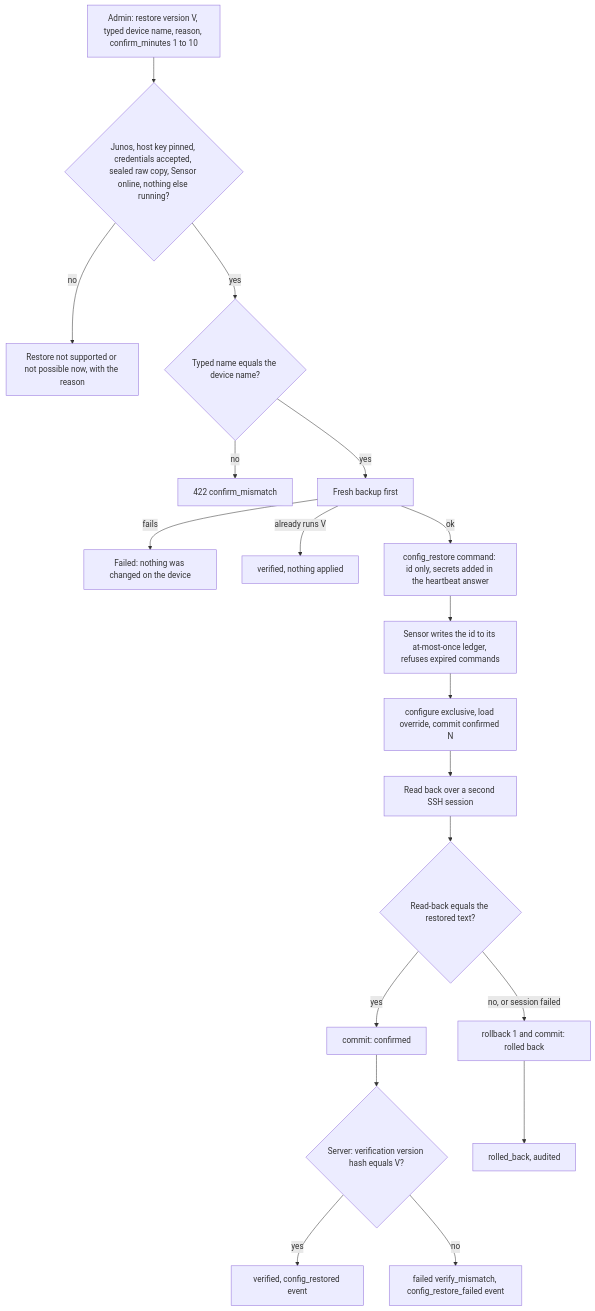
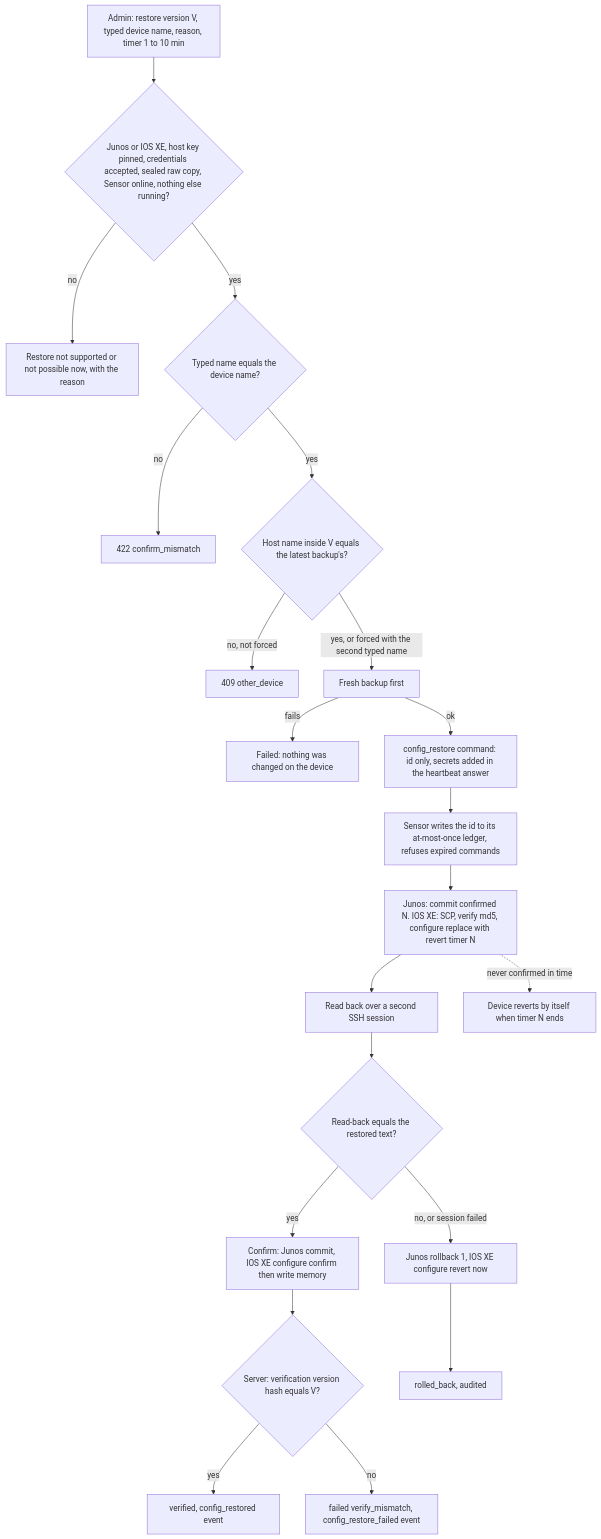
One commit to MKhattab7050/nigafiy-platform changed the eighth of 11 diagrams in docs/architecture/flowcharts.md. Above: the diagram before and after it, drawn with Mermaid. The commit also changed other lines of this file and 2 other files, not shown here.

Commit message:
Docs: after merging 24d0091, the flowcharts, capabilities and docs index describe Cisco IOS XE as it now is (controls over RESTCONF, IOS XE 16.6+, and config restore by configure replace with a revert timer; the other-device host-name check), all tested only against protocol doubles

````diff
--- a/docs/architecture/flowcharts.md
+++ b/docs/architecture/flowcharts.md
@@ -310,21 +313,23 @@
 ```mermaid
 flowchart TD
-  ASK["Admin: restore version V, typed device name, reason, confirm_minutes 1 to 10"] --> PRE{"Junos, host key pinned, credentials accepted, sealed raw copy, Sensor online, nothing else running?"}
+  ASK["Admin: restore version V, typed device name, reason, timer 1 to 10 min"] --> PRE{"Junos or IOS XE, host key pinned, credentials accepted, sealed raw copy, Sensor online, nothing else running?"}
   PRE -->|no| NOT["Restore not supported or not possible now, with the reason"]
   PRE -->|yes| NAME{"Typed name equals the device name?"}
   NAME -->|no| R422["422 confirm_mismatch"]
-  NAME -->|yes| BK["Fresh backup first"]
+  NAME -->|yes| HOST{"Host name inside V equals the latest backup's?"}
+  HOST -->|"no, not forced"| R409["409 other_device"]
+  HOST -->|"yes, or forced with the second typed name"| BK["Fresh backup first"]
   BK -->|fails| F1["Failed: nothing was changed on the device"]
-  BK -->|"already runs V"| VER["verified, nothing applied"]
   BK -->|ok| CMD["config_restore command: id only, secrets added in the heartbeat answer"]
   CMD --> LEDGER["Sensor writes the id to its at-most-once ledger, refuses expired commands"]
-  LEDGER --> APPLY["configure exclusive, load override, commit confirmed N"]
+  LEDGER --> APPLY["Junos: commit confirmed N. IOS XE: SCP, verify md5, configure replace with revert timer N"]
   APPLY --> READBACK["Read back over a second SSH session"]
   READBACK --> MATCH{"Read-back equals the restored text?"}
-  MATCH -->|yes| CONFIRM["commit: confirmed"]
-  MATCH -->|"no, or session failed"| ROLL["rollback 1 and commit: rolled back"]
+  MATCH -->|yes| CONFIRM["Confirm: Junos commit, IOS XE configure confirm then write memory"]
+  MATCH -->|"no, or session failed"| ROLL["Junos rollback 1, IOS XE configure revert now"]
   CONFIRM --> HASH{"Server: verification version hash equals V?"}
   HASH -->|yes| OK["verified, config_restored event"]
   HASH -->|no| BAD["failed verify_mismatch, config_restore_failed event"]
   ROLL --> BAD2["rolled_back, audited"]
+  APPLY -.->|"never confirmed in time"| SELF["Device reverts by itself when timer N ends"]
 ```
````
